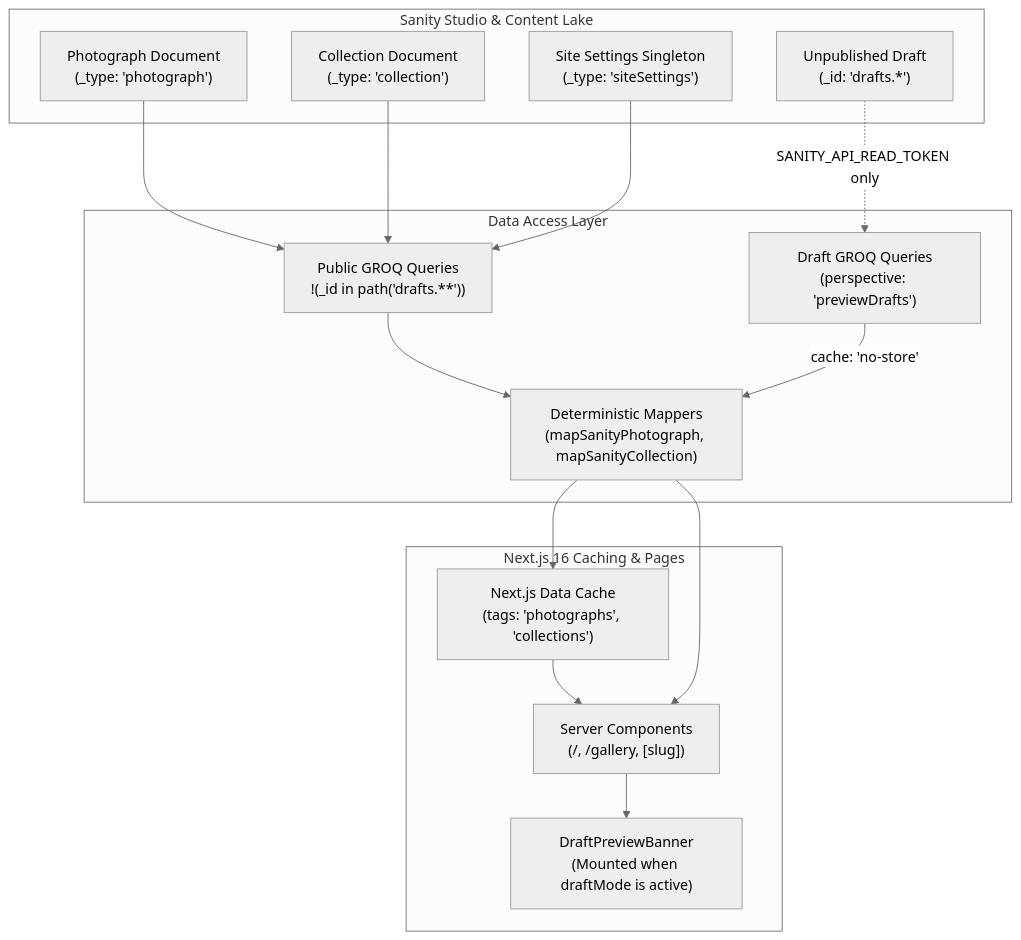
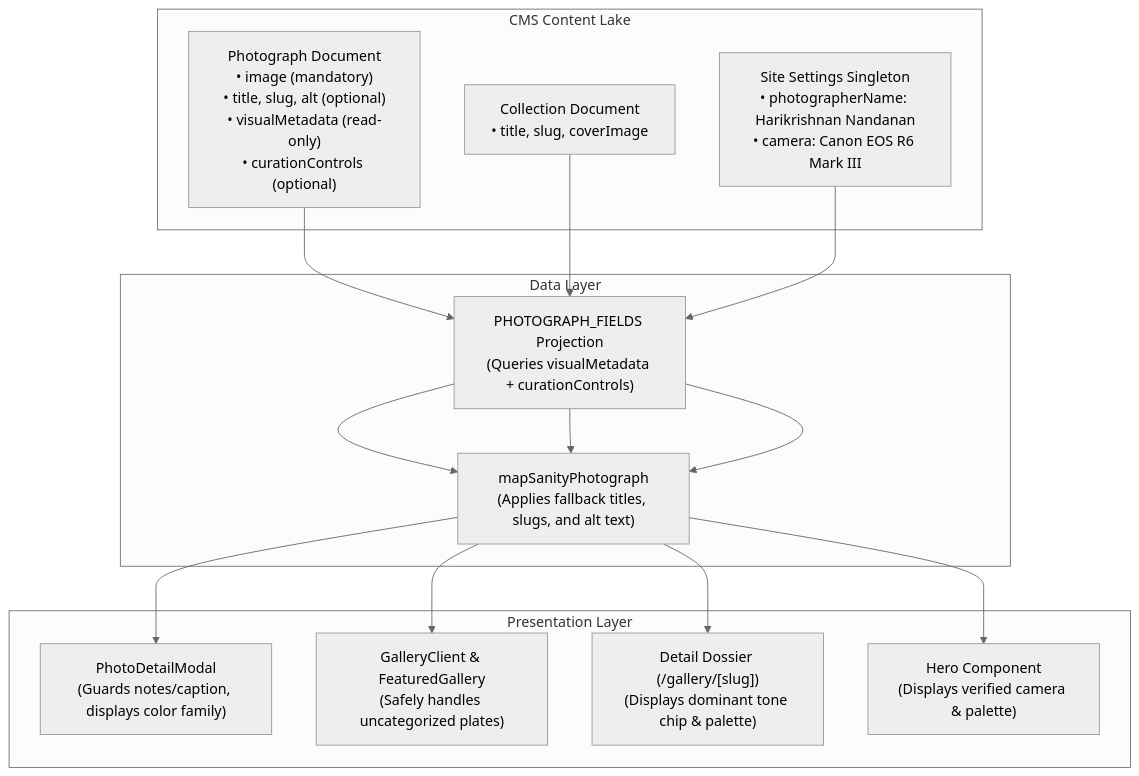
The diagram in PROJECT_CONTEXT.md (imharikrishnan/photography-portfolio), drawn with Mermaid (neutral theme) before and after one commit. The commit also changed other lines of this file, not shown here.

````diff
--- a/PROJECT_CONTEXT.md
+++ b/PROJECT_CONTEXT.md
@@ -152,30 +284,28 @@
 ```mermaid
 flowchart TD
-    subgraph Sanity Studio & Content Lake
-        DocPhoto["Photograph Document<br/>(_type: 'photograph')"]
-        DocCol["Collection Document<br/>(_type: 'collection')"]
-        DocSite["Site Settings Singleton<br/>(_type: 'siteSettings')"]
-        DraftDoc["Unpublished Draft<br/>(_id: 'drafts.*')"]
+    subgraph CMS Content Lake
+        PhotoDoc["Photograph Document<br/>• image (mandatory)<br/>• title, slug, alt (optional)<br/>• visualMetadata (read-only)<br/>• curationControls (optional)"]
+        ColDoc["Collection Document<br/>• title, slug, coverImage"]
+        SiteDoc["Site Settings Singleton<br/>• photographerName: Harikrishnan Nandanan<br/>• camera: Canon EOS R6 Mark III"]
     end
 
-    subgraph Data Access Layer
-        PublicQueries["Public GROQ Queries<br/>!(_id in path('drafts.**'))"]
-        DraftQueries["Draft GROQ Queries<br/>(perspective: 'previewDrafts')"]
-        Mappers["Deterministic Mappers<br/>(mapSanityPhotograph, mapSanityCollection)"]
+    subgraph Data Layer
+        GROQ["PHOTOGRAPH_FIELDS Projection<br/>(Queries visualMetadata + curationControls)"]
+        Mapper["mapSanityPhotograph<br/>(Applies fallback titles, slugs, and alt text)"]
     end
 
-    subgraph Next.js 16 Caching & Pages
-        Cache["Next.js Data Cache<br/>(tags: 'photographs', 'collections')"]
-        Pages["Server Components<br/>(/, /gallery, [slug])"]
-        PreviewBanner["DraftPreviewBanner<br/>(Mounted when draftMode is active)"]
+    subgraph Presentation Layer
+        Modal["PhotoDetailModal<br/>(Guards notes/caption, displays color family)"]
+        Gallery["GalleryClient & FeaturedGallery<br/>(Safely handles uncategorized plates)"]
+        Dossier["Detail Dossier (/gallery/[slug])<br/>(Displays dominant tone chip & palette)"]
+        HeroComp["Hero Component<br/>(Displays verified camera & palette)"]
     end
 
-    DocPhoto --> PublicQueries
-    DocCol --> PublicQueries
-    DocSite --> PublicQueries
-    DraftDoc -.->|SANITY_API_READ_TOKEN only| DraftQueries
-
-    PublicQueries --> Mappers --> Cache --> Pages
-    DraftQueries -->|cache: 'no-store'| Mappers --> Pages
-    Pages --> PreviewBanner
+    PhotoDoc --> GROQ --> Mapper
+    ColDoc --> GROQ --> Mapper
+    SiteDoc --> GROQ --> Mapper
+    Mapper --> Modal
+    Mapper --> Gallery
+    Mapper --> Dossier
+    Mapper --> HeroComp
 ```
````
